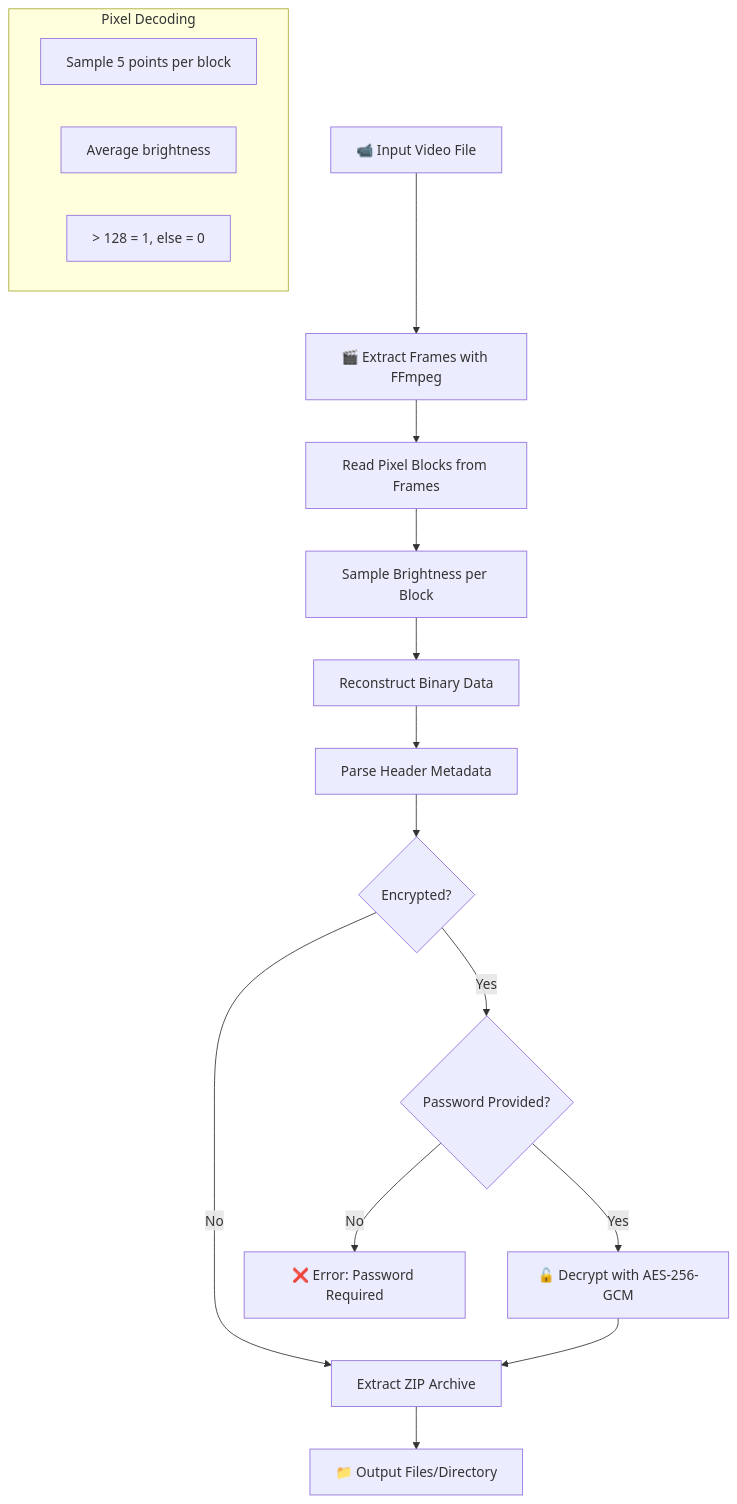
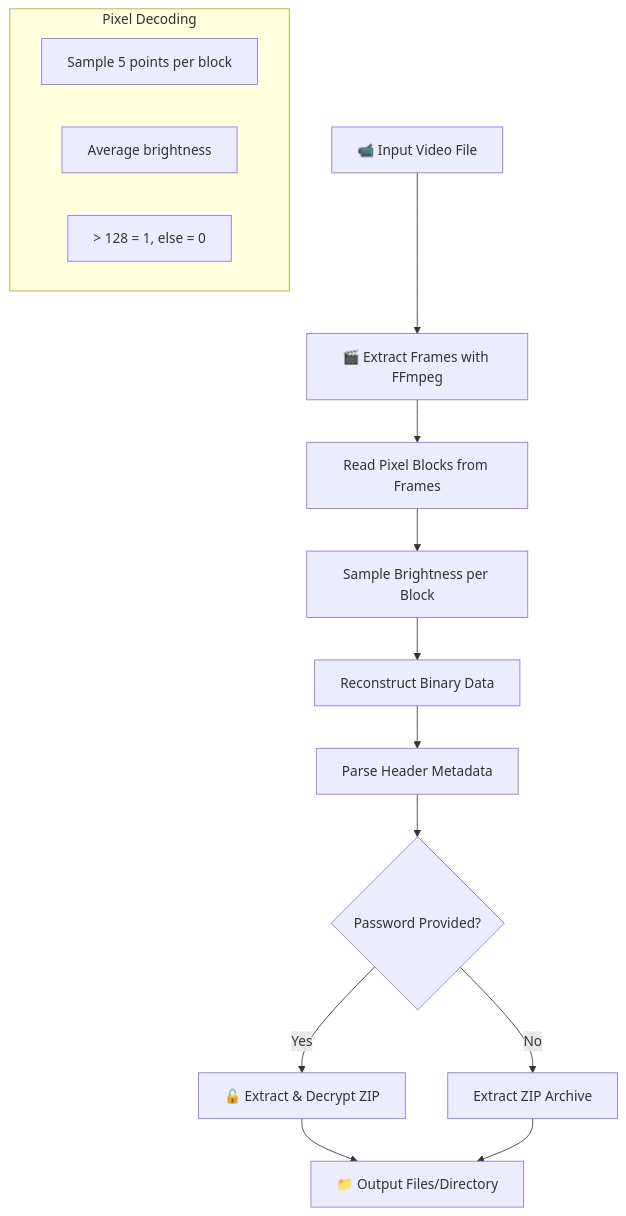
The second of 3 diagrams in README.md (slinghshot/youtube-storage-hardened), drawn with Mermaid before and after one commit. The commit also changed other lines of this file and 7 other files, not shown here.

First line of the commit message:
Refactor: Use standard zip encryption instead of custom AES

````diff
--- a/README.md
+++ b/README.md
@@ -48,21 +46,19 @@
 ```mermaid
 flowchart TD
     A[📹 Input Video File] --> B[🎬 Extract Frames with FFmpeg]
     B --> C[Read Pixel Blocks from Frames]
     C --> D[Sample Brightness per Block]
     D --> E[Reconstruct Binary Data]
     E --> F[Parse Header Metadata]
-    F --> G{Encrypted?}
-    G -->|Yes| H{Password Provided?}
-    G -->|No| K[Extract ZIP Archive]
-    H -->|Yes| I[🔓 Decrypt with AES-256-GCM]
-    H -->|No| J[❌ Error: Password Required]
-    I --> K
-    K --> L[📁 Output Files/Directory]
+    F --> G{Password Provided?}
+    G -->|Yes| H[🔓 Extract & Decrypt ZIP]
+    G -->|No| I[Extract ZIP Archive]
+    H --> J[📁 Output Files/Directory]
+    I --> J
 
     subgraph Decoding["Pixel Decoding"]
         D1[Sample 5 points per block]
         D2[Average brightness]
         D3["> 128 = 1, else = 0"]
     end
 ```
````
